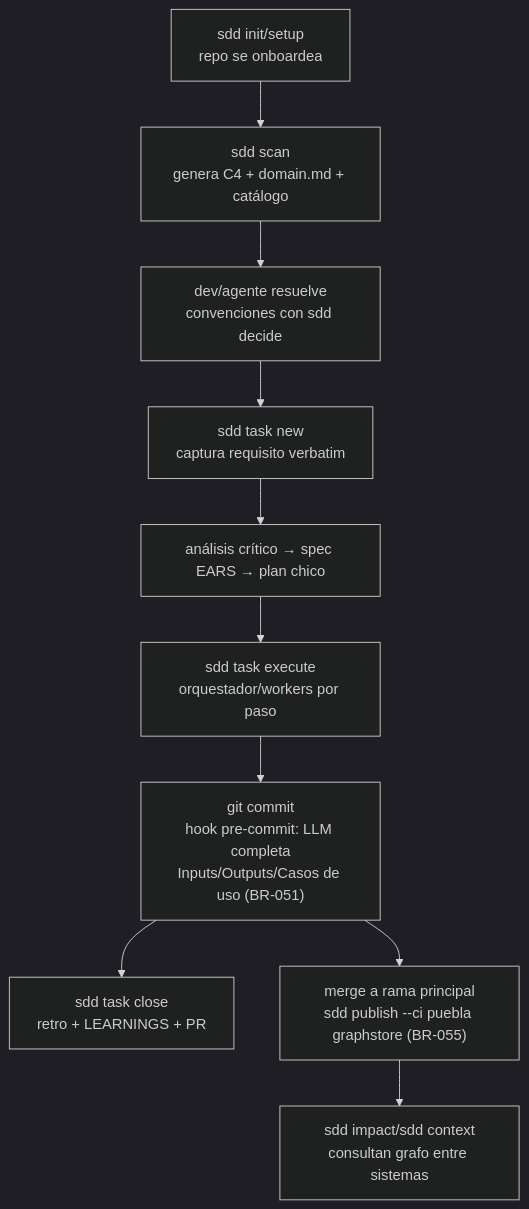
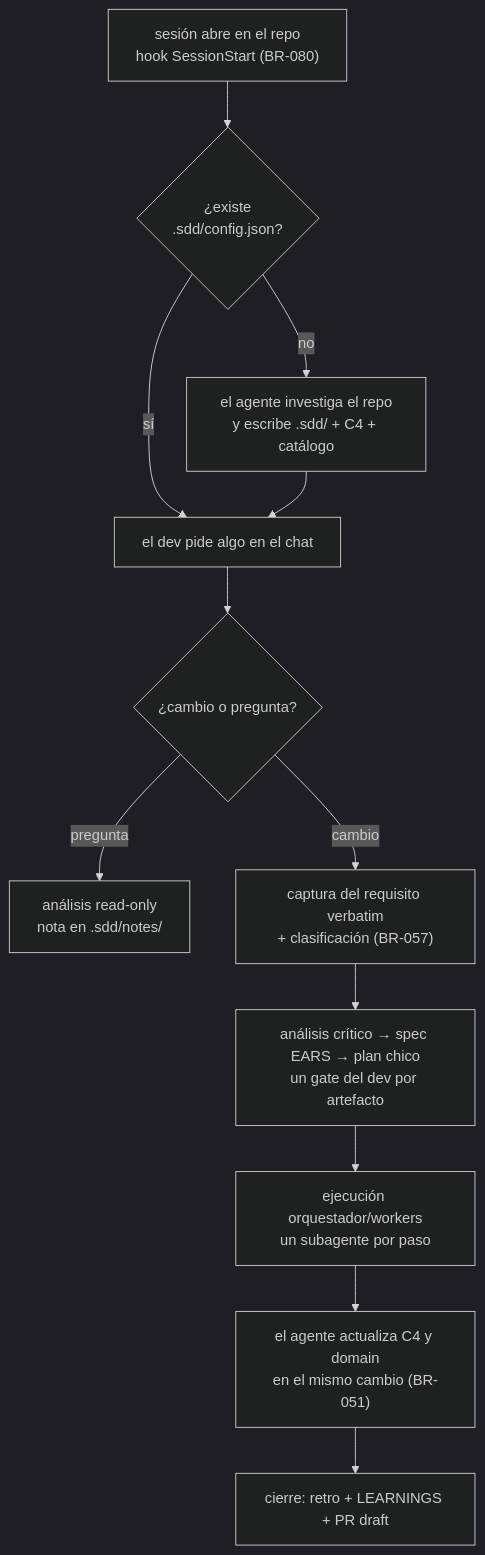
The diagram in .sdd/domain.md (ezepaskana/sddkit), drawn with Mermaid (dark theme) before and after one commit. The commit also changed other lines of this file and 194 other files, not shown here.

````diff
--- a/.sdd/domain.md
+++ b/.sdd/domain.md
@@ -76,12 +101,14 @@
 ```mermaid
 flowchart TD
-  A["sdd init/setup<br/>repo se onboardea"] --> B["sdd scan<br/>genera C4 + domain.md + catálogo"]
-  B --> C["dev/agente resuelve<br/>convenciones con sdd decide"]
-  C --> D["sdd task new<br/>captura requisito verbatim"]
-  D --> E["análisis crítico → spec EARS → plan chico"]
-  E --> F["sdd task execute<br/>orquestador/workers por paso"]
-  F --> G["git commit<br/>hook pre-commit: LLM completa<br/>Inputs/Outputs/Casos de uso (BR-051)"]
-  G --> H["sdd task close<br/>retro + LEARNINGS + PR"]
-  G --> I["merge a rama principal<br/>sdd publish --ci puebla graphstore (BR-055)"]
-  I --> J["sdd impact/sdd context<br/>consultan grafo entre sistemas"]
+  A["sesión abre en el repo<br/>hook SessionStart (BR-080)"] --> B{"¿existe<br/>.sdd/config.json?"}
+  B -- no --> C["el agente investiga el repo<br/>y escribe .sdd/ + C4 + catálogo"]
+  B -- sí --> D["el dev pide algo en el chat"]
+  C --> D
+  D --> E{"¿cambio o pregunta?"}
+  E -- pregunta --> F["análisis read-only<br/>nota en .sdd/notes/"]
+  E -- cambio --> G["captura del requisito verbatim<br/>+ clasificación (BR-057)"]
+  G --> H["análisis crítico → spec EARS → plan chico<br/>un gate del dev por artefacto"]
+  H --> I["ejecución orquestador/workers<br/>un subagente por paso"]
+  I --> J["el agente actualiza C4 y domain<br/>en el mismo cambio (BR-051)"]
+  J --> K["cierre: retro + LEARNINGS + PR draft"]
 ```
````
